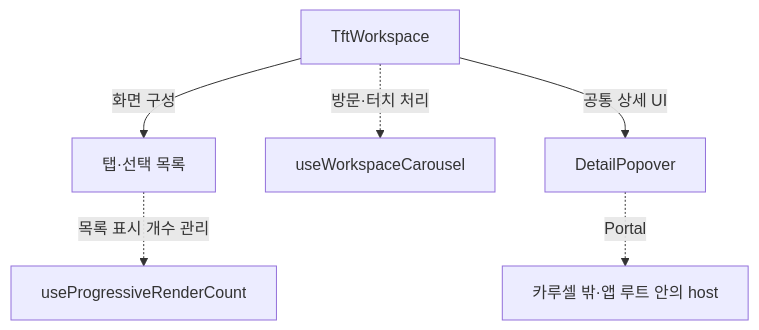
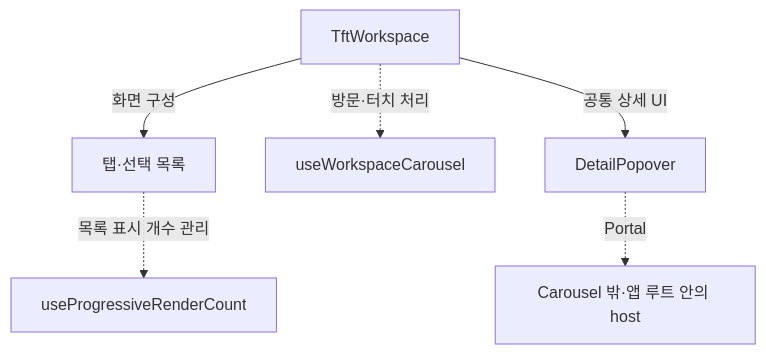
One commit to kimdol/my-tft-app changed the sixth of 6 diagrams in README.md. Above: the diagram before and after it, drawn with Mermaid. The commit also changed other lines of this file, not shown here.

````diff
--- a/README.md
+++ b/README.md
@@ -153,8 +151,8 @@
 ```mermaid
 flowchart TB
     Workspace["TftWorkspace"] -->|화면 구성| Tabs["탭·선택 목록"]
     Workspace -.->|방문·터치 처리| Navigation["useWorkspaceCarousel"]
     Tabs -.->|목록 표시 개수 관리| Progressive["useProgressiveRenderCount"]
     Workspace -->|공통 상세 UI| Detail["DetailPopover"]
-    Detail -.->|Portal| Host["카루셀 밖·앱 루트 안의 host"]
+    Detail -.->|Portal| Host["Carousel 밖·앱 루트 안의 host"]
 ```
````
